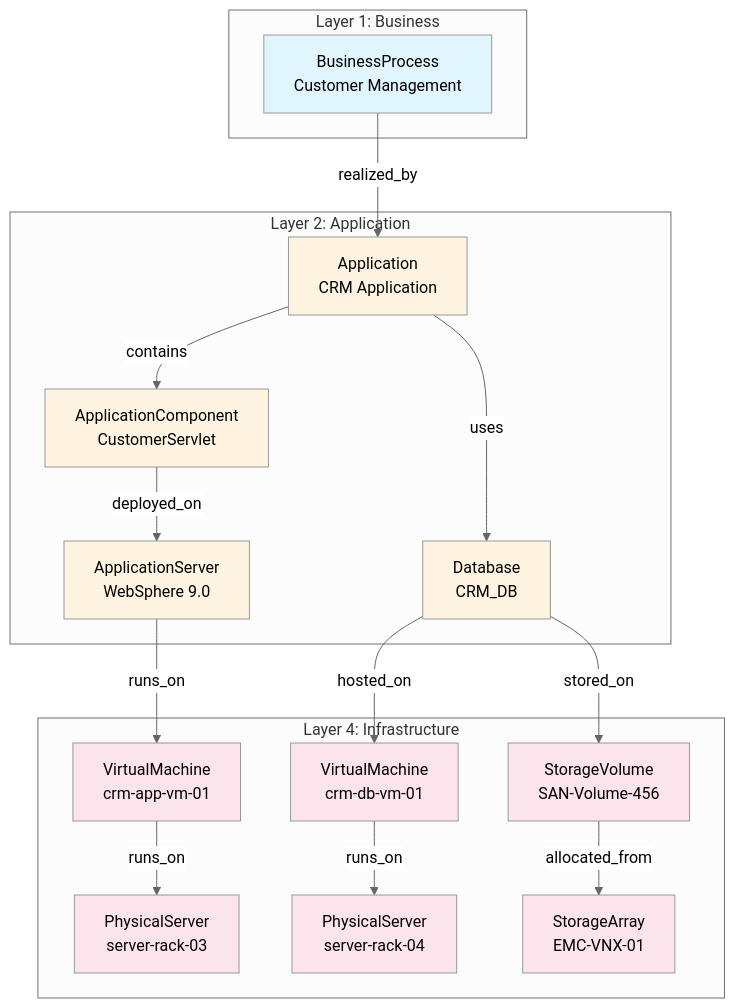
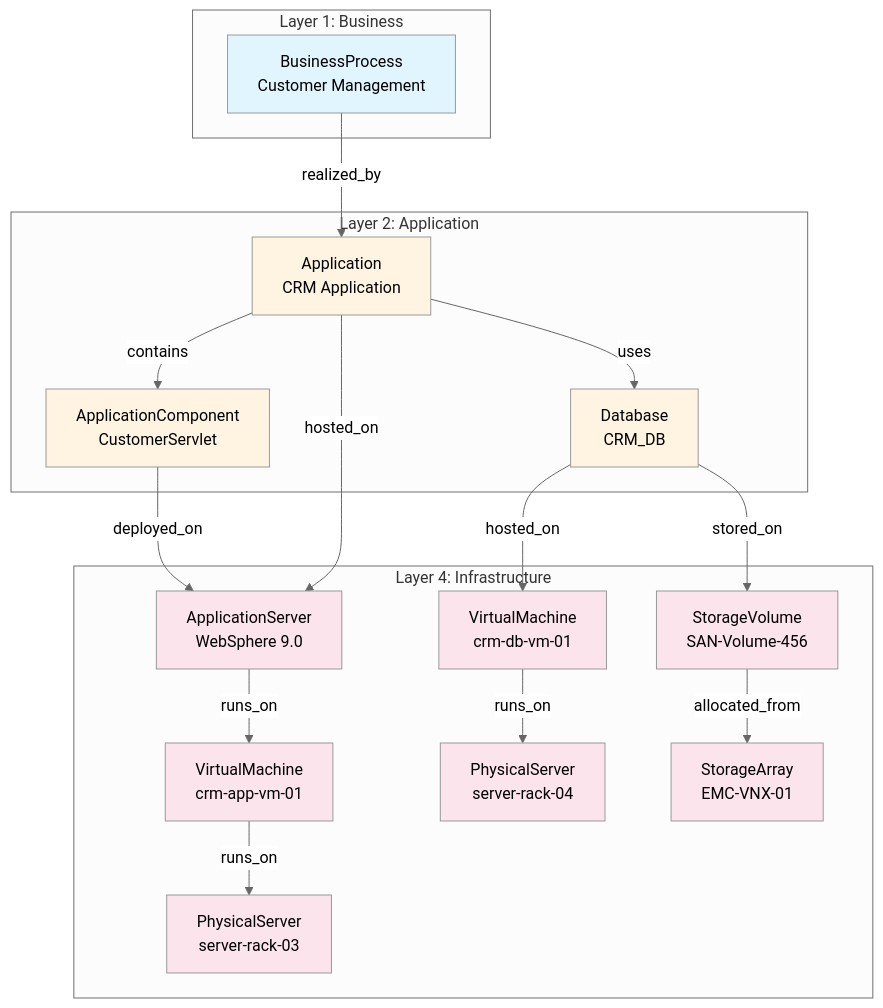
One commit to usumfabricae/it-digital-twin-model changed the tenth of 27 diagrams in ontology/VISUAL_DIAGRAMS.md. Above: the diagram before and after it, drawn with Mermaid (neutral theme). The commit also changed other lines of this file and 7 other files, not shown here.

First line of the commit message:
refactor: Move ApplicationServer from Layer 2 to Layer 4

````diff
--- a/ontology/VISUAL_DIAGRAMS.md
+++ b/ontology/VISUAL_DIAGRAMS.md
@@ -596,45 +601,46 @@
 ```mermaid
 graph TD
     subgraph "Layer 1: Business"
         BP[BusinessProcess<br/>Customer Management]
     end
     
     subgraph "Layer 2: Application"
         APP[Application<br/>CRM Application]
         AC[ApplicationComponent<br/>CustomerServlet]
-        AS[ApplicationServer<br/>WebSphere 9.0]
         DB[Database<br/>CRM_DB]
     end
     
     subgraph "Layer 4: Infrastructure"
+        AS[ApplicationServer<br/>WebSphere 9.0]
         VM[VirtualMachine<br/>crm-app-vm-01]
         DBVM[VirtualMachine<br/>crm-db-vm-01]
         PS1[PhysicalServer<br/>server-rack-03]
         PS2[PhysicalServer<br/>server-rack-04]
         SV[StorageVolume<br/>SAN-Volume-456]
         SA[StorageArray<br/>EMC-VNX-01]
     end
     
     BP -->|realized_by| APP
     APP -->|contains| AC
     AC -->|deployed_on| AS
+    APP -->|hosted_on| AS
     AS -->|runs_on| VM
     VM -->|runs_on| PS1
     APP -->|uses| DB
     DB -->|hosted_on| DBVM
     DBVM -->|runs_on| PS2
     DB -->|stored_on| SV
     SV -->|allocated_from| SA
     
     style BP fill:#e1f5ff
     style APP fill:#fff4e1
     style AC fill:#fff4e1
-    style AS fill:#fff4e1
     style DB fill:#fff4e1
+    style AS fill:#fce4ec
     style VM fill:#fce4ec
     style DBVM fill:#fce4ec
     style PS1 fill:#fce4ec
     style PS2 fill:#fce4ec
     style SV fill:#fce4ec
     style SA fill:#fce4ec
 ```
````
